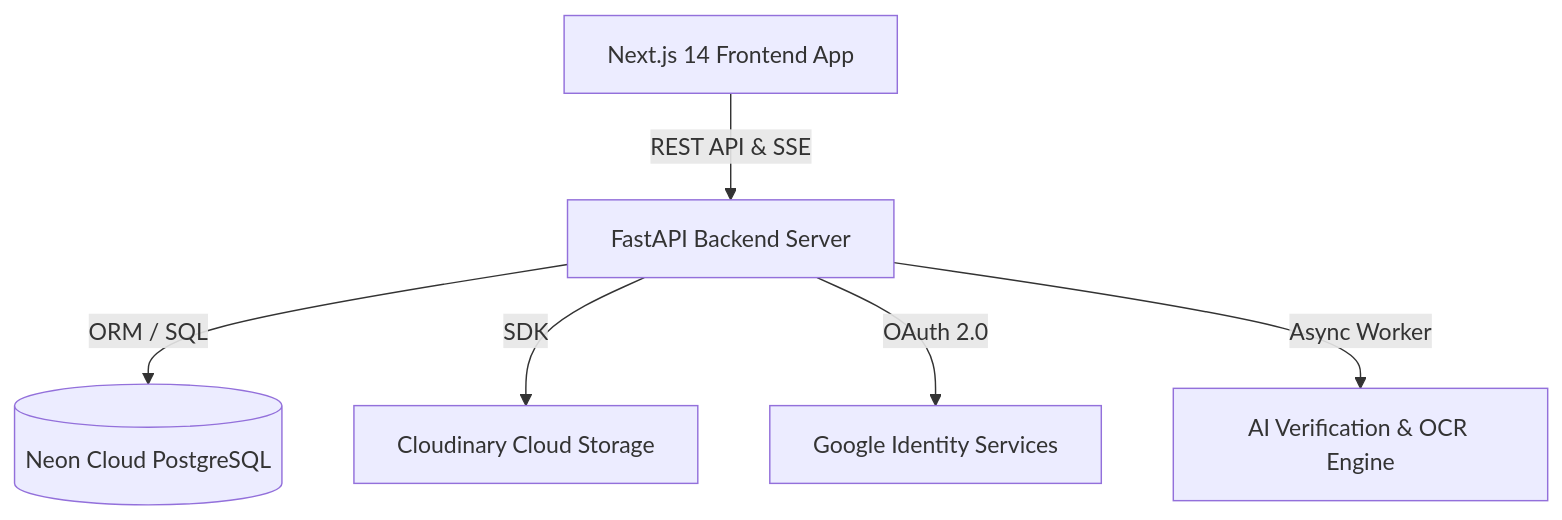
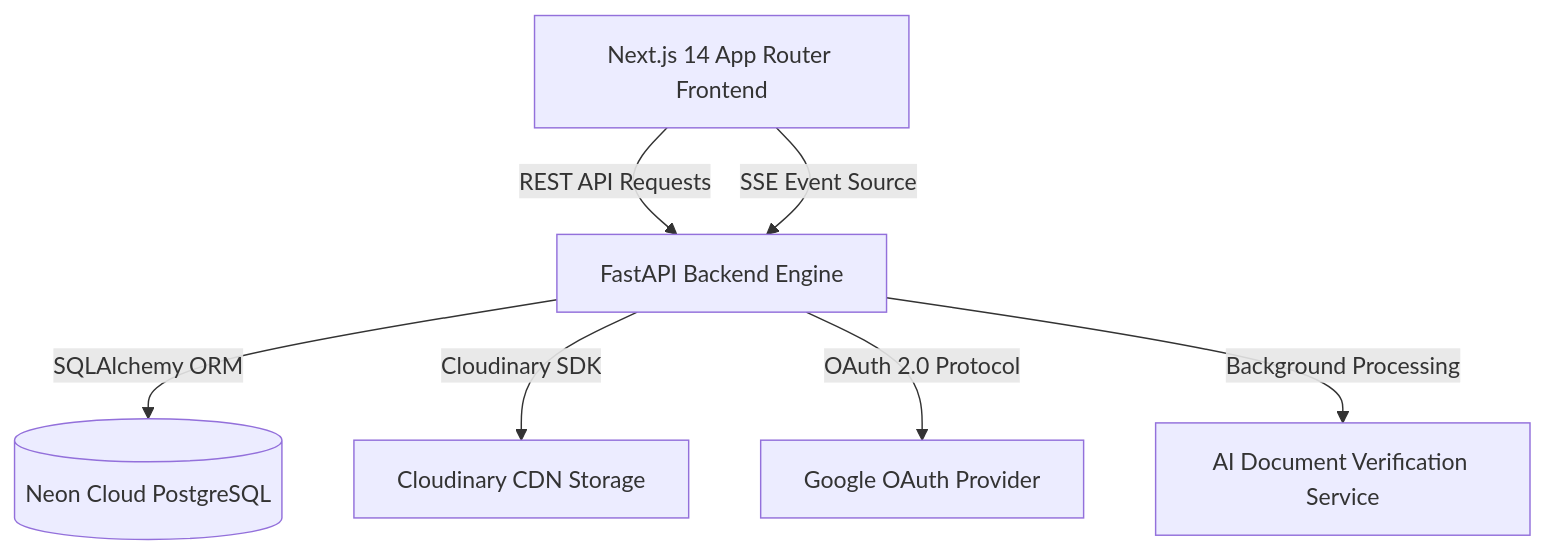
One commit to hariharan1476/AI-Powered-Document-and-Image-Verification-Platform changed the first of 4 diagrams in README.md. Above: the diagram before and after it, drawn with Mermaid. The commit also changed other lines of this file, not shown here.

Commit message:
docs: comprehensive README without emojis including ERD, sequence diagrams, directory tree, and API specs

````diff
--- a/README.md
+++ b/README.md
@@ -53,8 +77,9 @@
 ```mermaid
 graph TD
-    Client[Next.js 14 Frontend App] -->|REST API & SSE| FastAPI[FastAPI Backend Server]
-    FastAPI -->|ORM / SQL| DB[(Neon Cloud PostgreSQL)]
-    FastAPI -->|SDK| Cloudinary[Cloudinary Cloud Storage]
-    FastAPI -->|OAuth 2.0| Google[Google Identity Services]
-    FastAPI -->|Async Worker| AI[AI Verification & OCR Engine]
+    Client[Next.js 14 App Router Frontend] -->|REST API Requests| FastAPI[FastAPI Backend Engine]
+    Client -->|SSE Event Source| FastAPI
+    FastAPI -->|SQLAlchemy ORM| DB[(Neon Cloud PostgreSQL)]
+    FastAPI -->|Cloudinary SDK| Cloudinary[Cloudinary CDN Storage]
+    FastAPI -->|OAuth 2.0 Protocol| Google[Google OAuth Provider]
+    FastAPI -->|Background Processing| AI[AI Document Verification Service]
 ```
````
